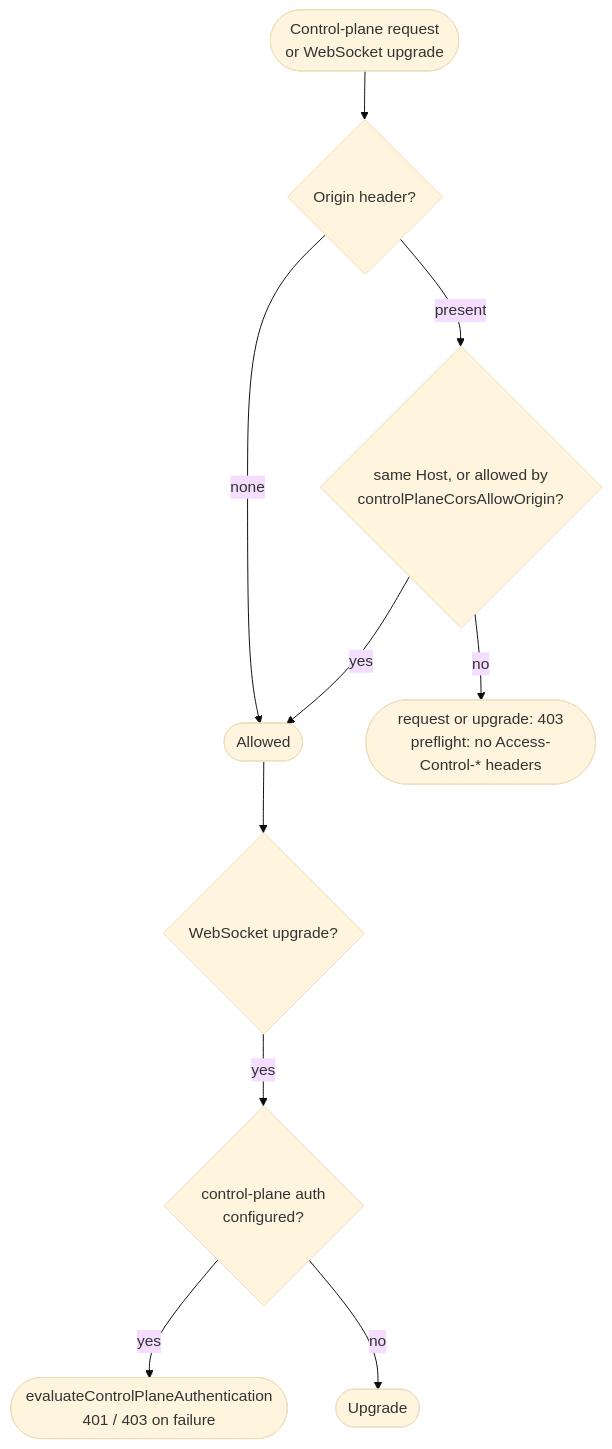
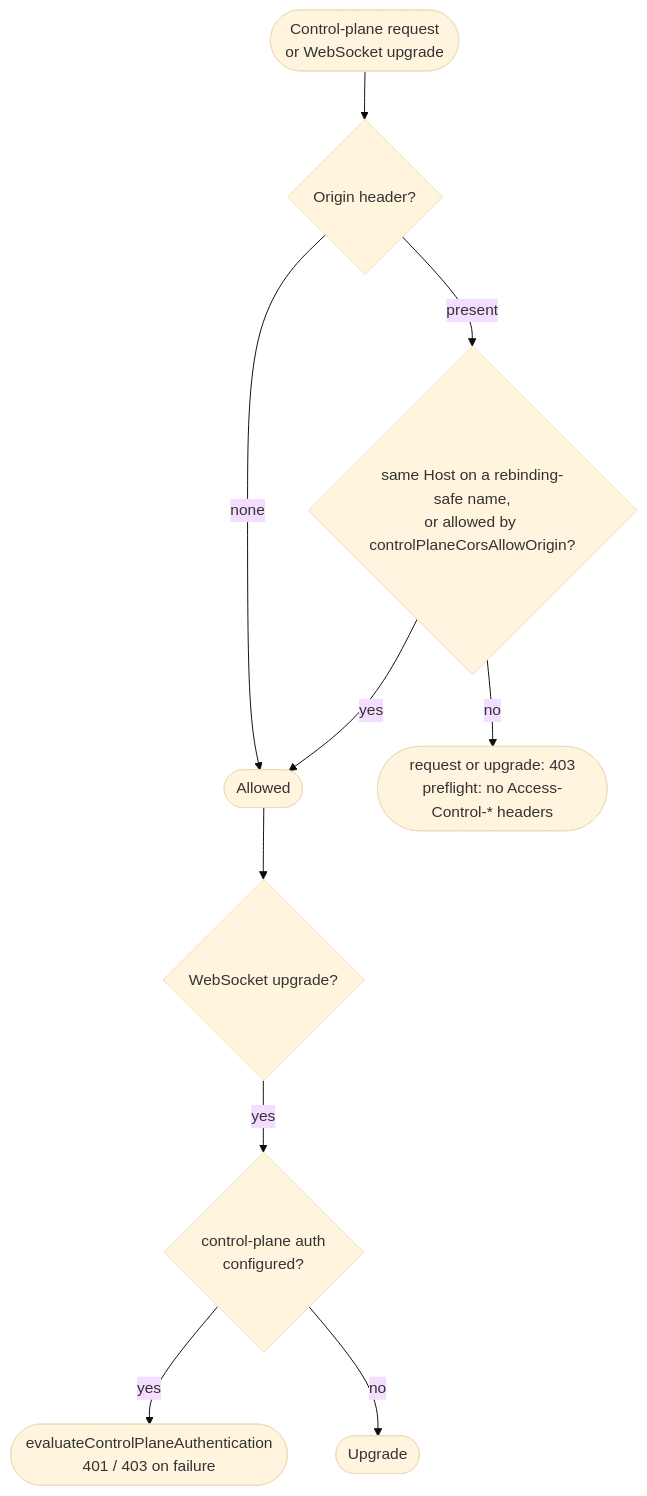
Before and after one commit to mock-server/mockserver: the fifth of 6 diagrams in docs/code/tls-and-security.md, drawn with Mermaid (base theme). The commit also changed other lines of this file and 30 other files, not shown here.

First line of the commit message:
fix(security): close DNS rebinding of the control-plane same-host rule

````diff
--- a/docs/code/tls-and-security.md
+++ b/docs/code/tls-and-security.md
@@ -552,12 +552,12 @@
 ```mermaid
 flowchart TD
     R(["Control-plane request\nor WebSocket upgrade"]) --> O{"Origin header?"}
     O -->|none| A([Allowed])
-    O -->|present| P{"same Host, or allowed by\ncontrolPlaneCorsAllowOrigin?"}
+    O -->|present| P{"same Host on a rebinding-safe name,\nor allowed by controlPlaneCorsAllowOrigin?"}
     P -->|yes| A
     P -->|no| D(["request or upgrade: 403\npreflight: no Access-Control-* headers"])
     A --> W{"WebSocket upgrade?"}
     W -->|yes| C{"control-plane auth\nconfigured?"}
     C -->|yes| V(["evaluateControlPlaneAuthentication\n401 / 403 on failure"])
     C -->|no| U([Upgrade])
 ```
````
